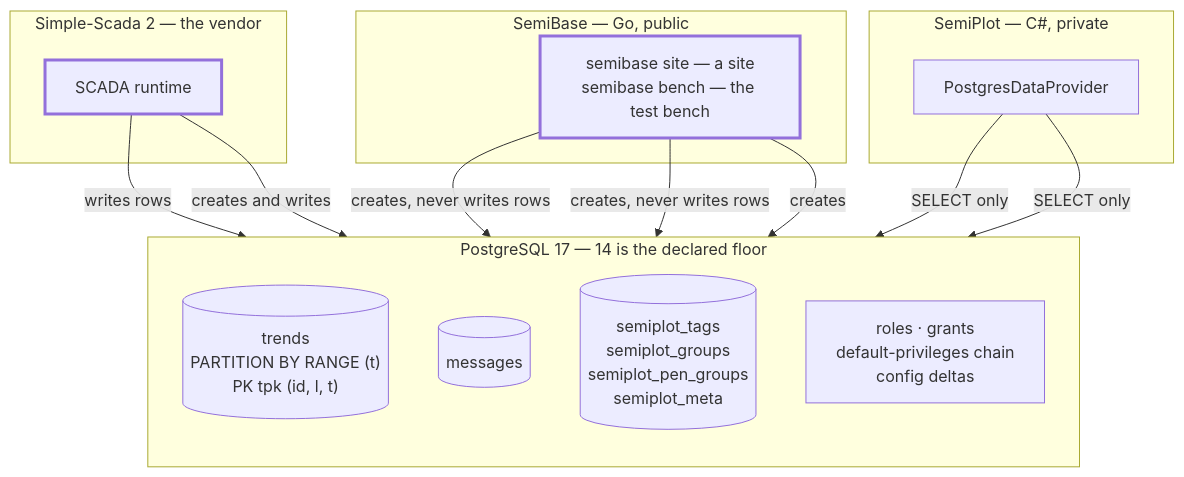
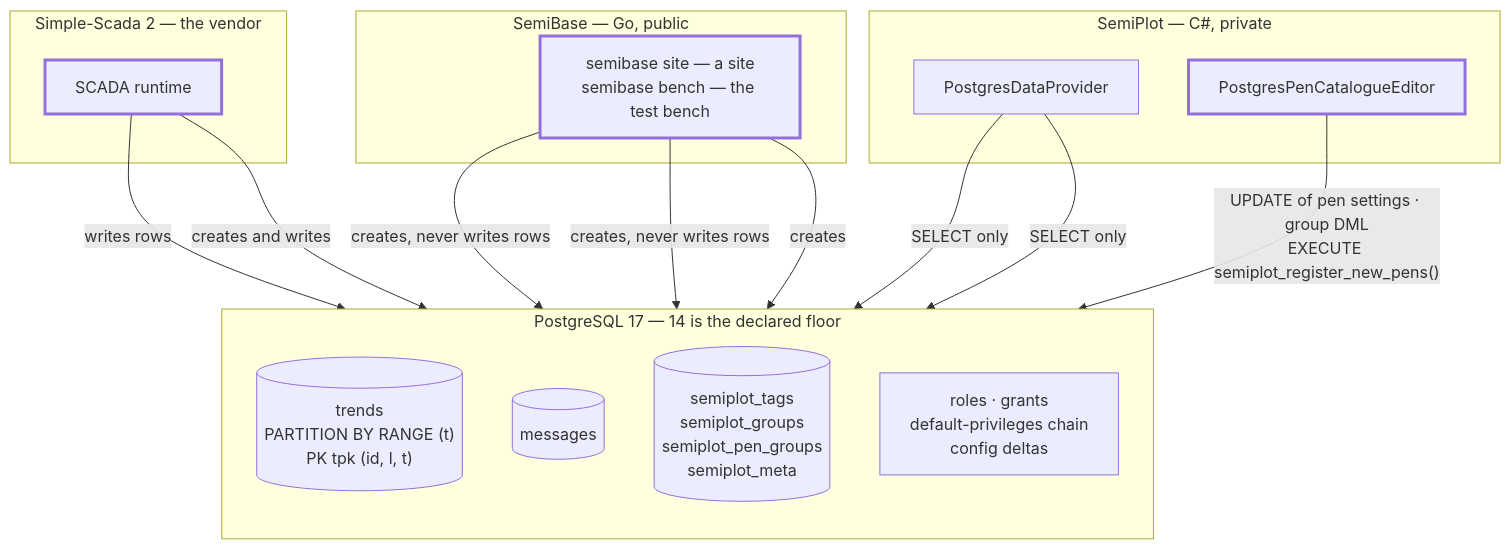
The first of 5 diagrams in docs/architecture/postgres-topology.md (Semiteq/SemiPlot), drawn with Mermaid before and after one commit. The commit also changed other lines of this file and 113 other files, not shown here.

First line of the commit message:
feat(editor): add the pen and group editor (#67) (#96)

````diff
--- a/docs/architecture/postgres-topology.md
+++ b/docs/architecture/postgres-topology.md
@@ -11,33 +11,35 @@
 ```mermaid
 flowchart TB
     subgraph vendor["Simple-Scada 2 — the vendor"]
         scada["SCADA runtime"]
     end
 
     subgraph semibase["SemiBase — Go, public"]
         prov["semibase site — a site<br/>semibase bench — the test bench"]
     end
 
     subgraph db["PostgreSQL 17 — 14 is the declared floor"]
         direction TB
         trends[("trends<br/>PARTITION BY RANGE (t)<br/>PK tpk (id, l, t)")]
         msgs[("messages")]
         config[("semiplot_tags<br/>semiplot_groups<br/>semiplot_pen_groups<br/>semiplot_meta")]
         roles["roles · grants<br/>default-privileges chain<br/>config deltas"]
     end
 
     subgraph semiplot["SemiPlot — C#, private"]
         prov2["PostgresDataProvider"]
+        editor["PostgresPenCatalogueEditor"]
     end
 
     scada -- "writes rows" --> trends
     scada -- "creates and writes" --> msgs
     prov -- "creates, never writes rows" --> trends
     prov -- "creates, never writes rows" --> config
     prov -- "creates" --> roles
     prov2 -- "SELECT only" --> trends
     prov2 -- "SELECT only" --> config
+    editor -- "UPDATE of pen settings · group DML<br/>EXECUTE semiplot_register_new_pens()" --> config
 
     classDef write stroke-width:3px
-    class scada,prov write
+    class scada,prov,editor write
 ```
````
